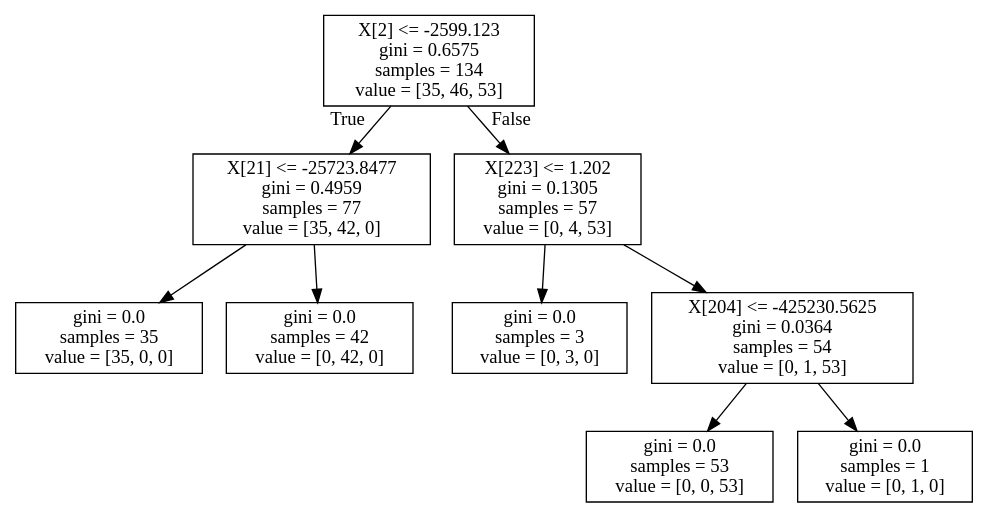
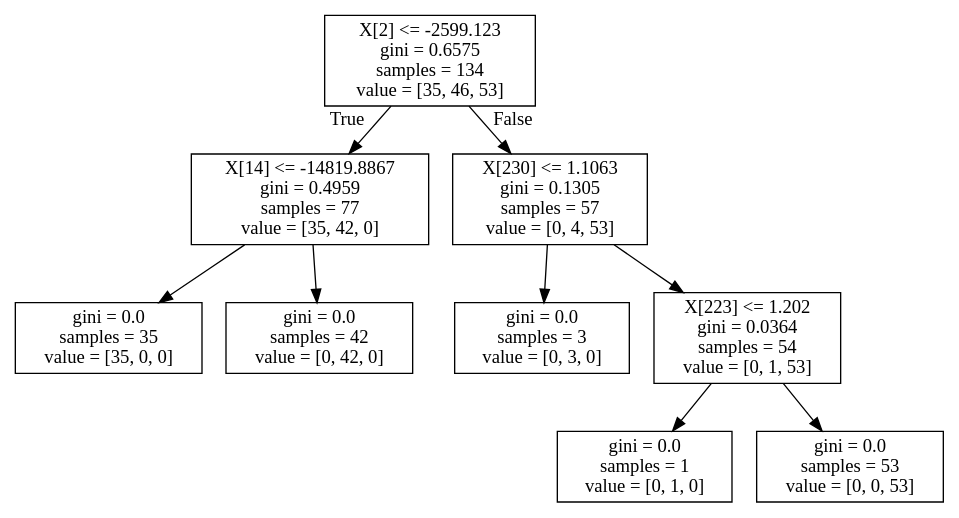
The diagram in image_files/tree.dot (dog-vocalization/dog-vocalization), drawn with Graphviz before and after one commit. The commit also changed 3 other files, not shown here.

```diff
--- a/image_files/tree.dot
+++ b/image_files/tree.dot
@@ -1,20 +1,20 @@
 digraph Tree {
 node [shape=box] ;
 0 [label="X[2] <= -2599.123\ngini = 0.6575\nsamples = 134\nvalue = [35, 46, 53]"] ;
-1 [label="X[21] <= -25723.8477\ngini = 0.4959\nsamples = 77\nvalue = [35, 42, 0]"] ;
+1 [label="X[14] <= -14819.8867\ngini = 0.4959\nsamples = 77\nvalue = [35, 42, 0]"] ;
 0 -> 1 [labeldistance=2.5, labelangle=45, headlabel="True"] ;
 2 [label="gini = 0.0\nsamples = 35\nvalue = [35, 0, 0]"] ;
 1 -> 2 ;
 3 [label="gini = 0.0\nsamples = 42\nvalue = [0, 42, 0]"] ;
 1 -> 3 ;
-4 [label="X[223] <= 1.202\ngini = 0.1305\nsamples = 57\nvalue = [0, 4, 53]"] ;
+4 [label="X[230] <= 1.1063\ngini = 0.1305\nsamples = 57\nvalue = [0, 4, 53]"] ;
 0 -> 4 [labeldistance=2.5, labelangle=-45, headlabel="False"] ;
 5 [label="gini = 0.0\nsamples = 3\nvalue = [0, 3, 0]"] ;
 4 -> 5 ;
-6 [label="X[204] <= -425230.5625\ngini = 0.0364\nsamples = 54\nvalue = [0, 1, 53]"] ;
+6 [label="X[223] <= 1.202\ngini = 0.0364\nsamples = 54\nvalue = [0, 1, 53]"] ;
 4 -> 6 ;
-7 [label="gini = 0.0\nsamples = 53\nvalue = [0, 0, 53]"] ;
+7 [label="gini = 0.0\nsamples = 1\nvalue = [0, 1, 0]"] ;
 6 -> 7 ;
-8 [label="gini = 0.0\nsamples = 1\nvalue = [0, 1, 0]"] ;
+8 [label="gini = 0.0\nsamples = 53\nvalue = [0, 0, 53]"] ;
 6 -> 8 ;
 }
```
